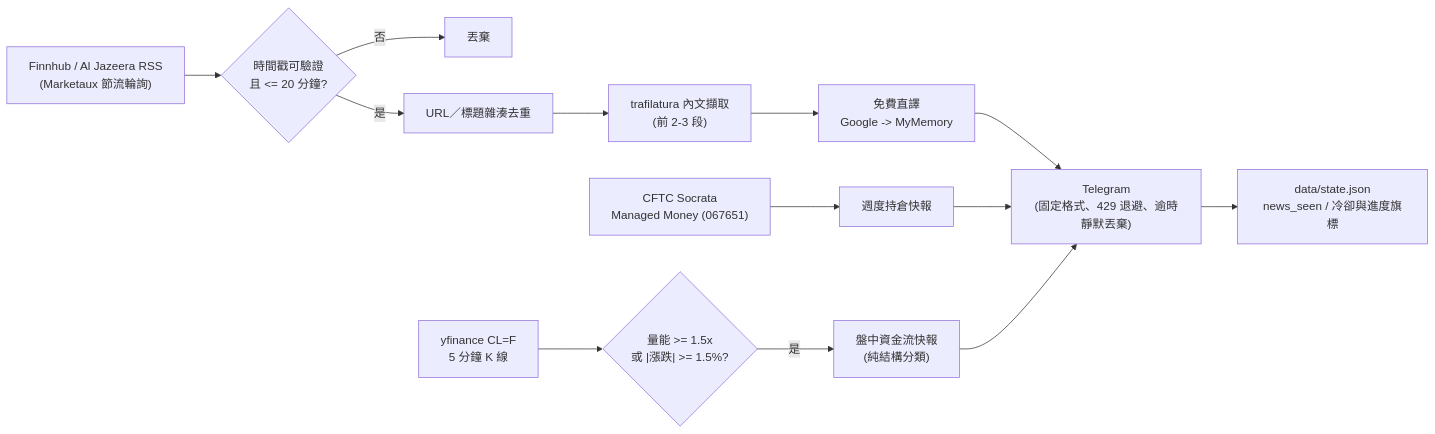
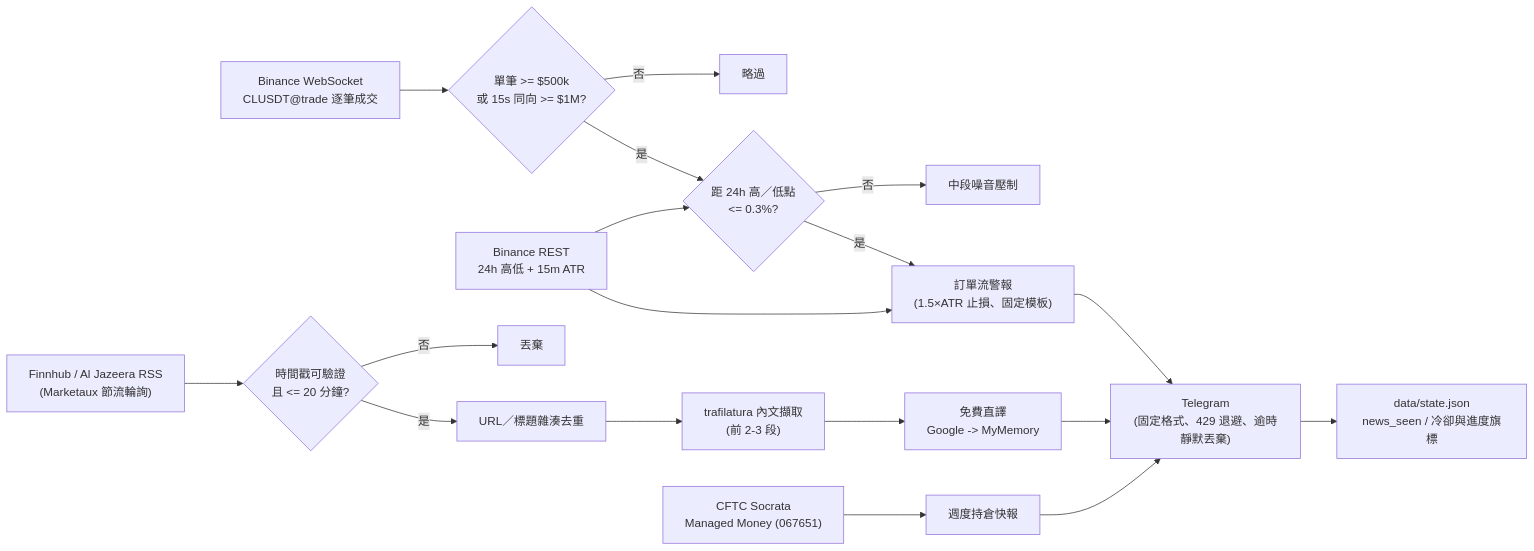
Before and after one commit to Ashkku0909/clusdt: the diagram in README.md, drawn with Mermaid. The commit also changed other lines of this file and 15 other files, not shown here.

Commit message:
feat: binance-only orderflow engine with $1M taker filter, S/R proximity, and 1.5x ATR

````diff
--- a/README.md
+++ b/README.md
@@ -9,15 +10,20 @@
 ```mermaid
 flowchart LR
+    W["Binance WebSocket<br/>CLUSDT@trade 逐筆成交"] --> T{"單筆 >= $500k<br/>或 15s 同向 >= $1M?"}
+    T -->|否| X2["略過"]
+    T -->|是| S{"距 24h 高／低點<br/><= 0.3%?"}
+    S -->|否| X3["中段噪音壓制"]
+    S -->|是| O["訂單流警報<br/>(1.5×ATR 止損、固定模板)"]
+    K["Binance REST<br/>24h 高低 + 15m ATR"] --> S
+    K --> O
+    O --> F["Telegram<br/>(固定格式、429 退避、逾時靜默丟棄)"]
     A["Finnhub / Al Jazeera RSS<br/>(Marketaux 節流輪詢)"] --> B{"時間戳可驗證<br/>且 <= 20 分鐘?"}
     B -->|否| X["丟棄"]
     B -->|是| C["URL／標題雜湊去重"]
     C --> D["trafilatura 內文擷取<br/>(前 2-3 段)"]
     D --> E["免費直譯<br/>Google -> MyMemory"]
-    E --> F["Telegram<br/>(固定格式、429 退避、逾時靜默丟棄)"]
-    Y["yfinance CL=F<br/>5 分鐘 K 線"] --> Q{"量能 >= 1.5x<br/>或 |漲跌| >= 1.5%?"}
+    E --> F
     Z["CFTC Socrata<br/>Managed Money (067651)"] --> R["週度持倉快報"]
-    Q -->|是| R2["盤中資金流快報<br/>(純結構分類)"]
     R --> F
-    R2 --> F
     F --> G["data/state.json<br/>news_seen / 冷卻與進度旗標"]
 ```
````
